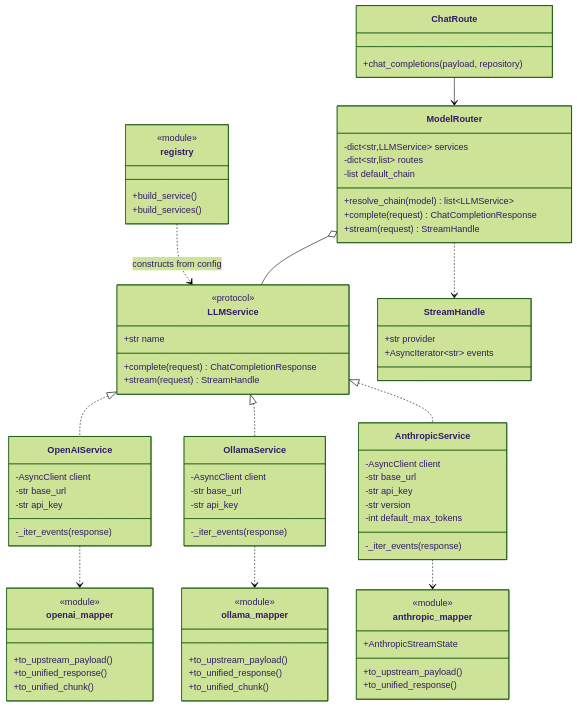
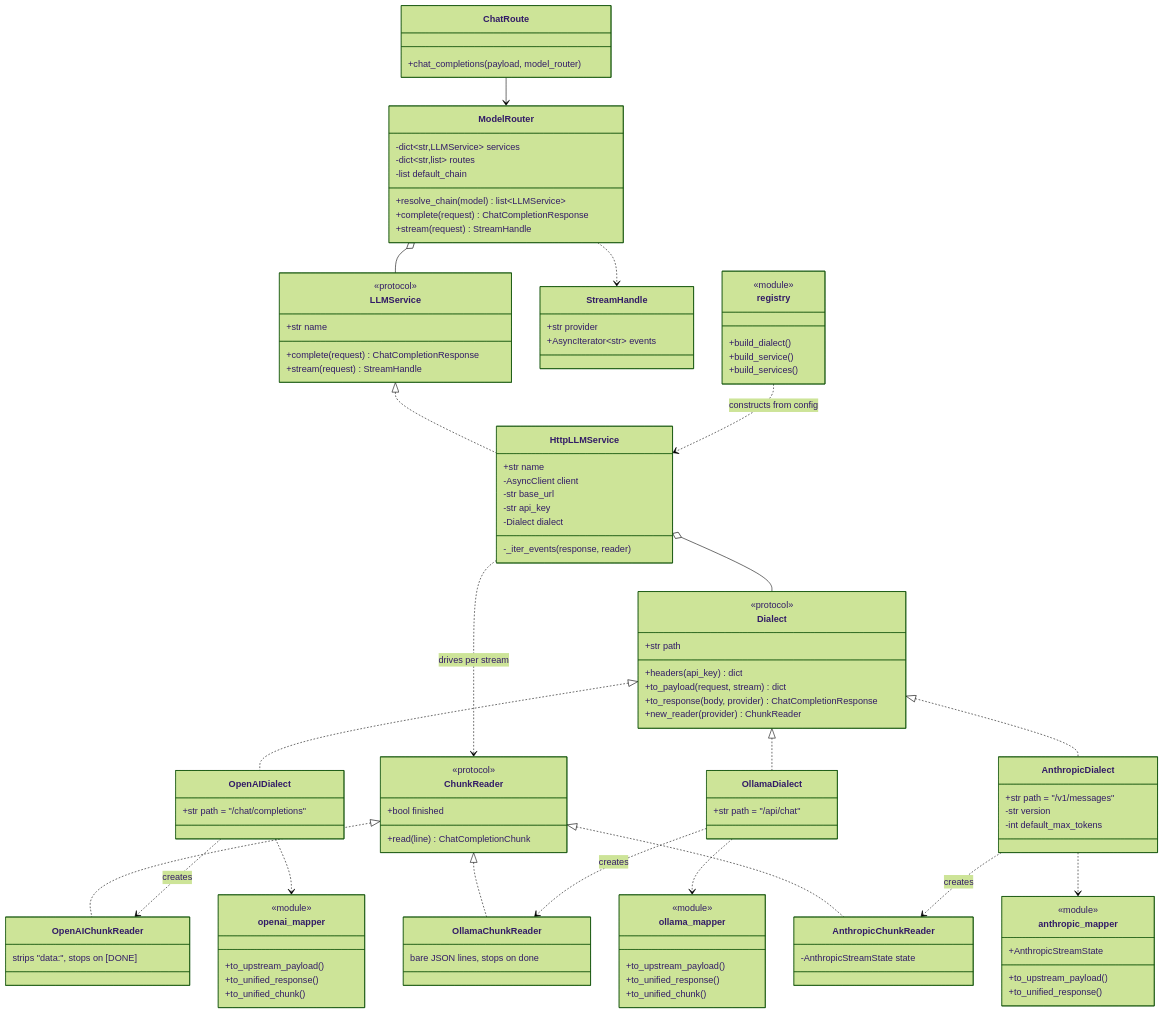
The second of 2 diagrams in README.md (Shivam60/ic4-digital-ocean), drawn with Mermaid (forest theme) before and after one commit. The commit also changed other lines of this file, not shown here.

Commit message:
docs: redraw the adapter seam diagram around dialects and one transport
The class diagram still showed three per-provider services, which stopped being
true when the transport was hoisted into HttpLLMService. Describes both seams
now, plus the reader protocol that keeps stream terminators out of the shared loop.

````diff
--- a/README.md
+++ b/README.md
@@ -89,7 +91,7 @@
 ```mermaid
 classDiagram
     class ChatRoute {
-        +chat_completions(payload, repository)
+        +chat_completions(payload, model_router)
     }
 
     class ModelRouter {
@@ -113,27 +115,54 @@
         +AsyncIterator~str~ events
     }
 
-    class OpenAIService {
+    class HttpLLMService {
+        +str name
         -AsyncClient client
         -str base_url
         -str api_key
-        -_iter_events(response)
+        -Dialect dialect
+        -_iter_events(response, reader)
     }
 
-    class OllamaService {
-        -AsyncClient client
-        -str base_url
-        -str api_key
-        -_iter_events(response)
+    class Dialect {
+        <<protocol>>
+        +str path
+        +headers(api_key) dict
+        +to_payload(request, stream) dict
+        +to_response(body, provider) ChatCompletionResponse
+        +new_reader(provider) ChunkReader
     }
 
-    class AnthropicService {
-        -AsyncClient client
-        -str base_url
-        -str api_key
+    class ChunkReader {
+        <<protocol>>
+        +bool finished
+        +read(line) ChatCompletionChunk
+    }
+
+    class OpenAIDialect {
+        +str path = "/chat/completions"
+    }
+
+    class OllamaDialect {
+        +str path = "/api/chat"
+    }
+
+    class AnthropicDialect {
+        +str path = "/v1/messages"
         -str version
         -int default_max_tokens
-        -_iter_events(response)
+    }
+
+    class OpenAIChunkReader {
+        strips "data:", stops on [DONE]
+    }
+
+    class OllamaChunkReader {
+        bare JSON lines, stops on done
+    }
+
+    class AnthropicChunkReader {
+        -AnthropicStreamState state
     }
 
     class openai_mapper {
@@ -159,6 +188,7 @@
 
     class registry {
         <<module>>
+        +build_dialect()
         +build_service()
         +build_services()
     }
@@ -166,11 +196,20 @@
     ChatRoute --> ModelRouter
     ModelRouter o-- LLMService
     ModelRouter ..> StreamHandle
-    LLMService <|.. OpenAIService
-    LLMService <|.. OllamaService
-    LLMService <|.. AnthropicService
-    OpenAIService ..> openai_mapper
-    OllamaService ..> ollama_mapper
-    AnthropicService ..> anthropic_mapper
-    registry ..> LLMService : constructs from config
+    LLMService <|.. HttpLLMService
+    HttpLLMService o-- Dialect
+    HttpLLMService ..> ChunkReader : drives per stream
+    Dialect <|.. OpenAIDialect
+    Dialect <|.. OllamaDialect
+    Dialect <|.. AnthropicDialect
+    ChunkReader <|.. OpenAIChunkReader
+    ChunkReader <|.. OllamaChunkReader
+    ChunkReader <|.. AnthropicChunkReader
+    OpenAIDialect ..> OpenAIChunkReader : creates
+    OllamaDialect ..> OllamaChunkReader : creates
+    AnthropicDialect ..> AnthropicChunkReader : creates
+    OpenAIDialect ..> openai_mapper
+    OllamaDialect ..> ollama_mapper
+    AnthropicDialect ..> anthropic_mapper
+    registry ..> HttpLLMService : constructs from config
 ```
````
